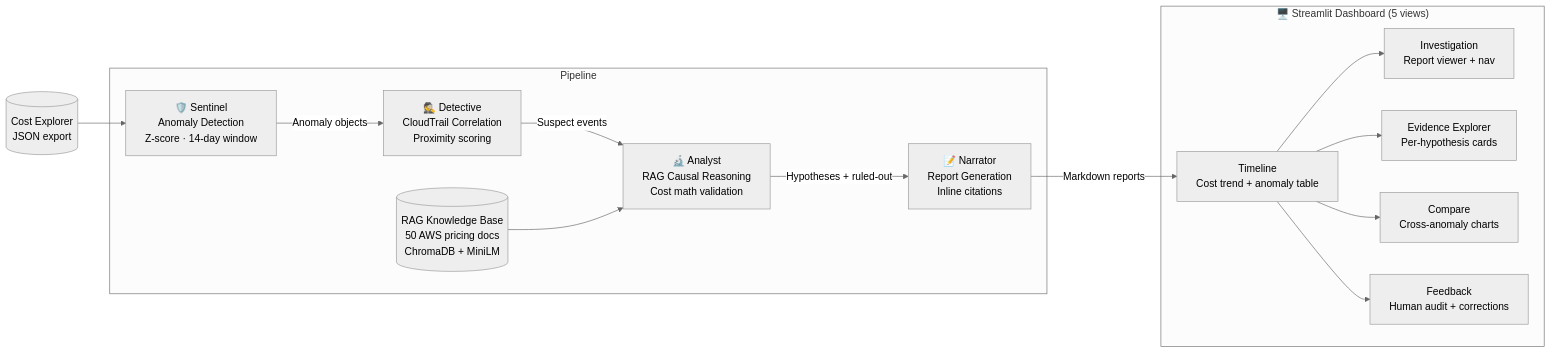
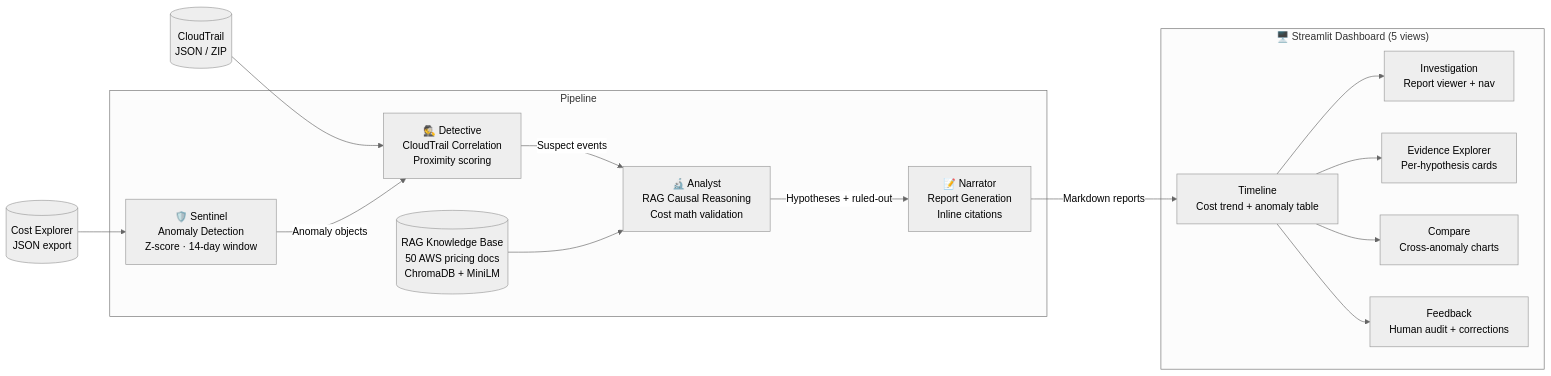
The diagram in README.md (pritighoshh/costsherlock), drawn with Mermaid (neutral theme) before and after one commit. The commit also changed other lines of this file, not shown here.

````diff
--- a/README.md
+++ b/README.md
@@ -10,26 +12,27 @@
 ```mermaid
 flowchart LR
     CD[(Cost Explorer\nJSON export)] --> S
+    CT[(CloudTrail\nJSON / ZIP)] --> D
 
     subgraph Pipeline
         S[🛡️ Sentinel\nAnomaly Detection\nZ-score · 14-day window]
         D[🕵️ Detective\nCloudTrail Correlation\nProximity scoring]
         A[🔬 Analyst\nRAG Causal Reasoning\nCost math validation]
         N[📝 Narrator\nReport Generation\nInline citations]
 
         S -->|Anomaly objects| D
         D -->|Suspect events| A
         A -->|Hypotheses + ruled-out| N
         KB[(RAG Knowledge Base\n50 AWS pricing docs\nChromaDB + MiniLM)] --> A
     end
 
     N -->|Markdown reports| DB
 
     subgraph Dashboard ["🖥️ Streamlit Dashboard (5 views)"]
         DB[Timeline\nCost trend + anomaly table]
         DB --> V2[Investigation\nReport viewer + nav]
         DB --> V3[Evidence Explorer\nPer-hypothesis cards]
         DB --> V4[Compare\nCross-anomaly charts]
         DB --> V5[Feedback\nHuman audit + corrections]
     end
 ```
````
